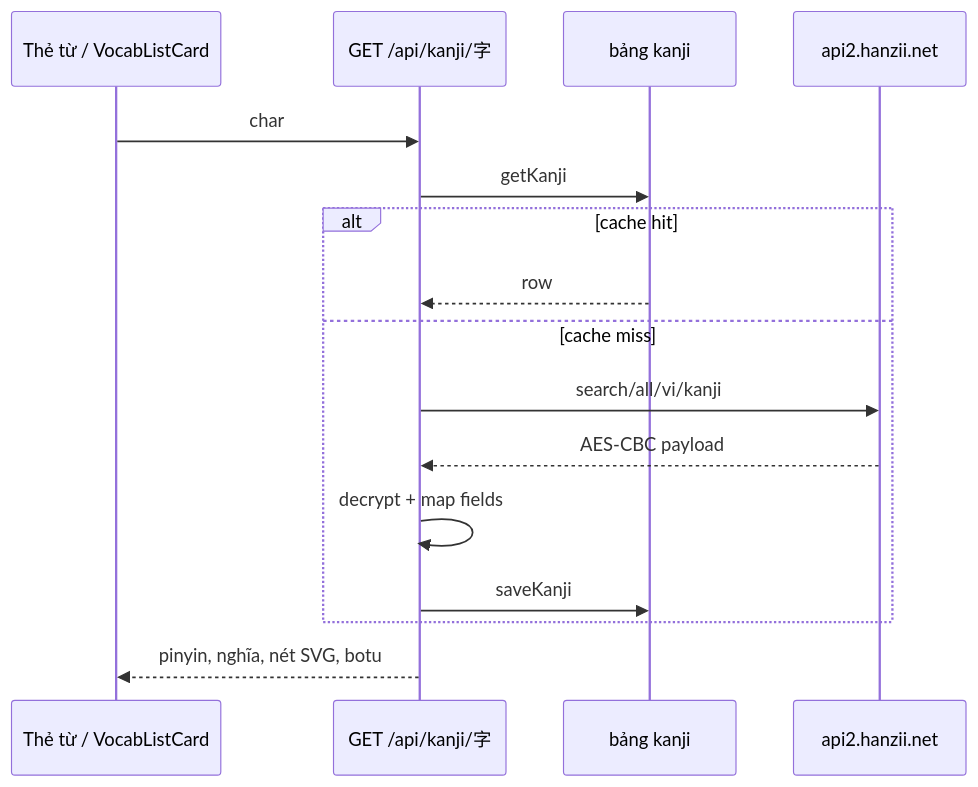
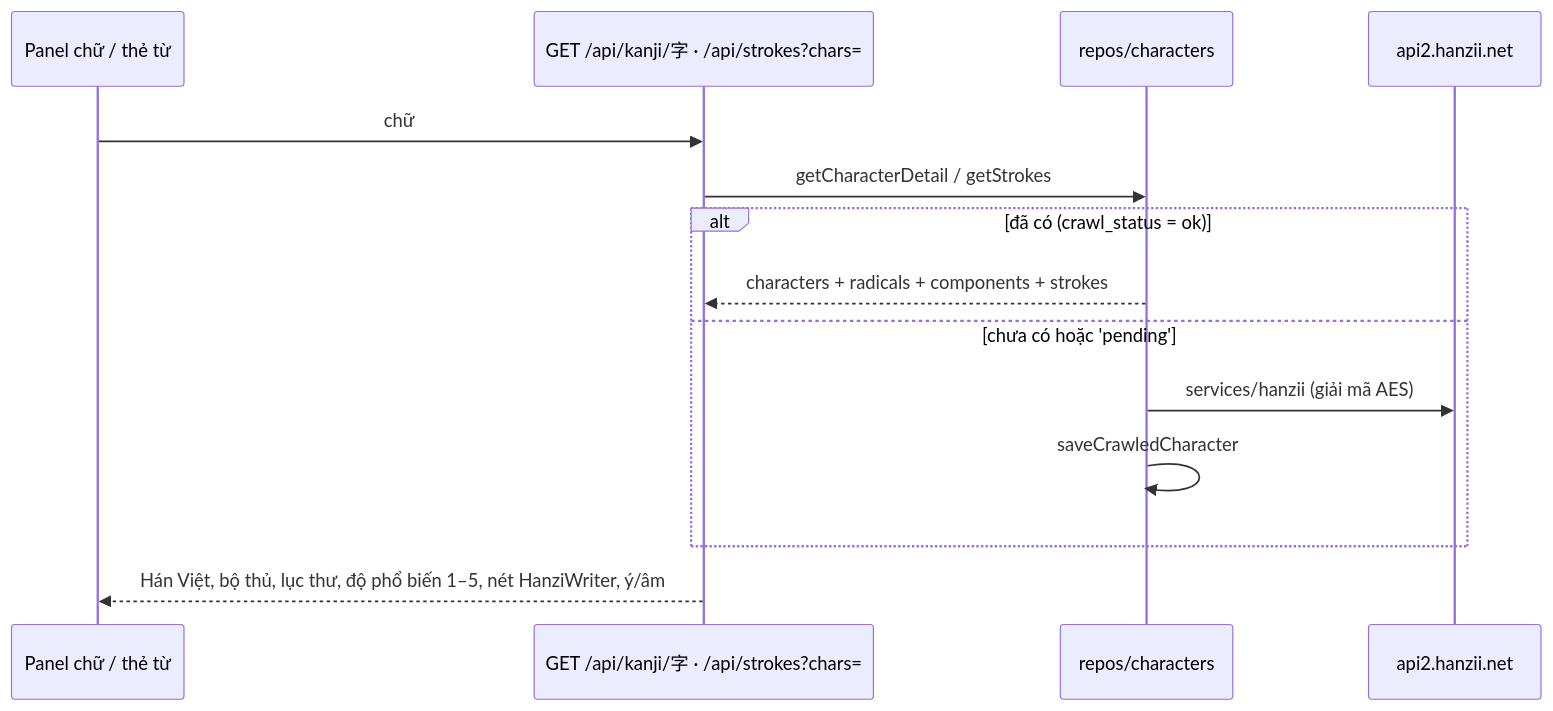
The sixth of 9 diagrams in docs/ARCHITECTURE.md (phuonglai99/language), drawn with Mermaid before and after one commit. The commit also changed other lines of this file and 12 other files, not shown here.

````diff
--- a/docs/ARCHITECTURE.md
+++ b/docs/ARCHITECTURE.md
@@ -259,19 +187,17 @@
 ```mermaid
 sequenceDiagram
-  participant UI as Thẻ từ / VocabListCard
-  participant API as GET /api/kanji/字
-  participant DB as bảng kanji
+  participant UI as Panel chữ / thẻ từ
+  participant API as GET /api/kanji/字 · /api/strokes?chars=
+  participant Repo as repos/characters
   participant Hanzii as api2.hanzii.net
 
-  UI->>API: char
-  API->>DB: getKanji
-  alt cache hit
-    DB-->>API: row
-  else cache miss
-    API->>Hanzii: search/all/vi/kanji
-    Hanzii-->>API: AES-CBC payload
-    API->>API: decrypt + map fields
-    API->>DB: saveKanji
+  UI->>API: chữ
+  API->>Repo: getCharacterDetail / getStrokes
+  alt đã có (crawl_status = ok)
+    Repo-->>API: characters + radicals + components + strokes
+  else chưa có hoặc 'pending'
+    Repo->>Hanzii: services/hanzii (giải mã AES)
+    Repo->>Repo: saveCrawledCharacter
   end
-  API-->>UI: pinyin, nghĩa, nét SVG, botu
+  API-->>UI: Hán Việt, bộ thủ, lục thư, độ phổ biến 1–5, nét HanziWriter, ý/âm
 ```
````
